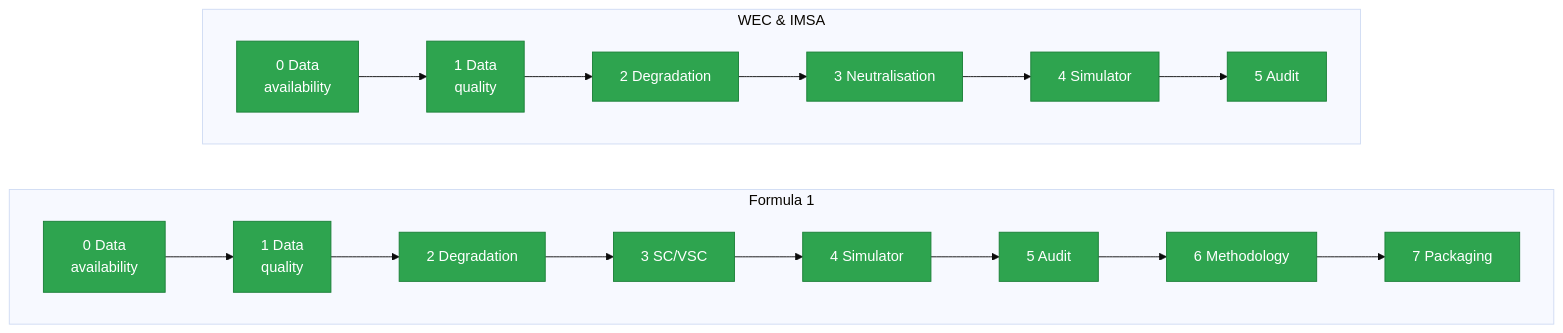
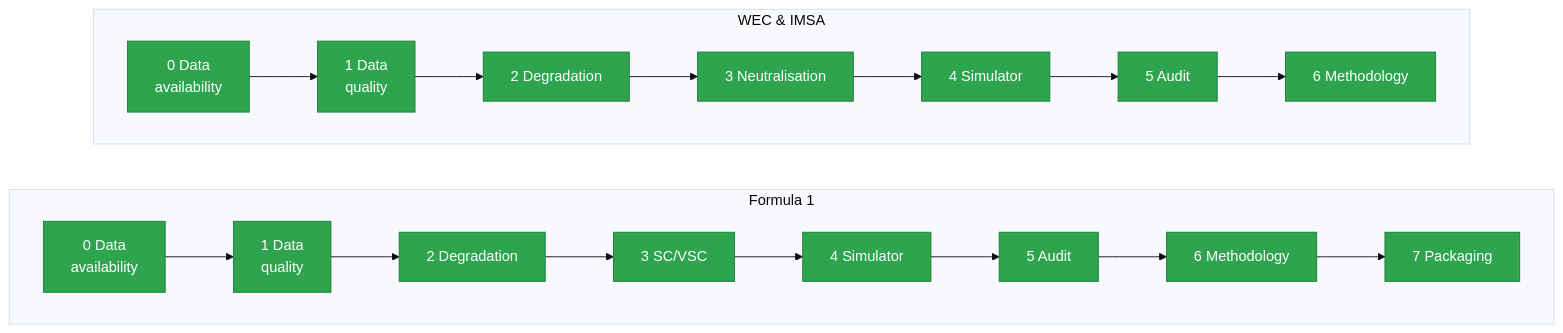
One commit to mohammedmedjadj/Motorsport-Strategy-Lab changed the second of 2 diagrams in README.md. Above: the diagram before and after it, drawn with Mermaid (base theme). The commit also changed other lines of this file, not shown here.

First line of the commit message:
docs(readme): link the new WEC and IMSA methodology reports

````diff
--- a/README.md
+++ b/README.md
@@ -78,15 +80,15 @@
 ```mermaid
 flowchart LR
     subgraph F1["Formula 1"]
         direction LR
         f0["0 Data<br/>availability"] --> f1["1 Data<br/>quality"] --> f2["2 Degradation"] --> f3["3 SC/VSC"] --> f4["4 Simulator"] --> f5["5 Audit"] --> f6["6 Methodology"] --> f7["7 Packaging"]
     end
     subgraph END["WEC & IMSA"]
         direction LR
-        e0["0 Data<br/>availability"] --> e1["1 Data<br/>quality"] --> e2["2 Degradation"] --> e3["3 Neutralisation"] --> e4["4 Simulator"] --> e5["5 Audit"]
+        e0["0 Data<br/>availability"] --> e1["1 Data<br/>quality"] --> e2["2 Degradation"] --> e3["3 Neutralisation"] --> e4["4 Simulator"] --> e5["5 Audit"] --> e6["6 Methodology"]
     end
     classDef done fill:#2ea44f,stroke:#1a7f37,color:#fff
     classDef partial fill:#FFB800,stroke:#b58600,color:#1a1a1a
     class f0,f1,f2,f3,f4,f5,f6,f7 done
-    class e0,e1,e2,e3,e4,e5 done
+    class e0,e1,e2,e3,e4,e5,e6 done
 ```
````
